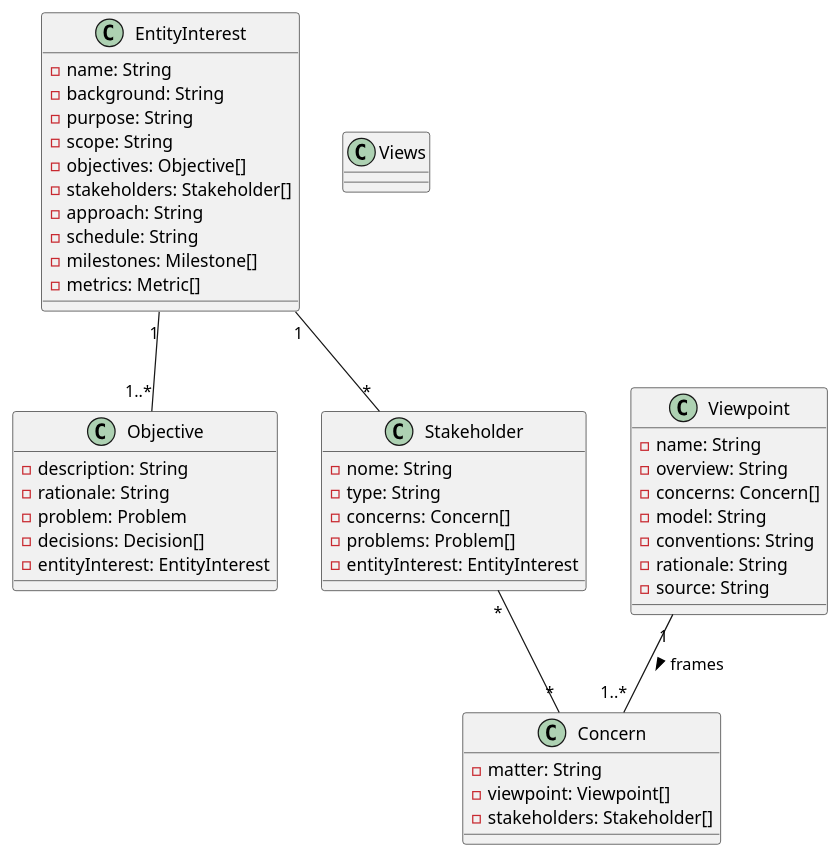
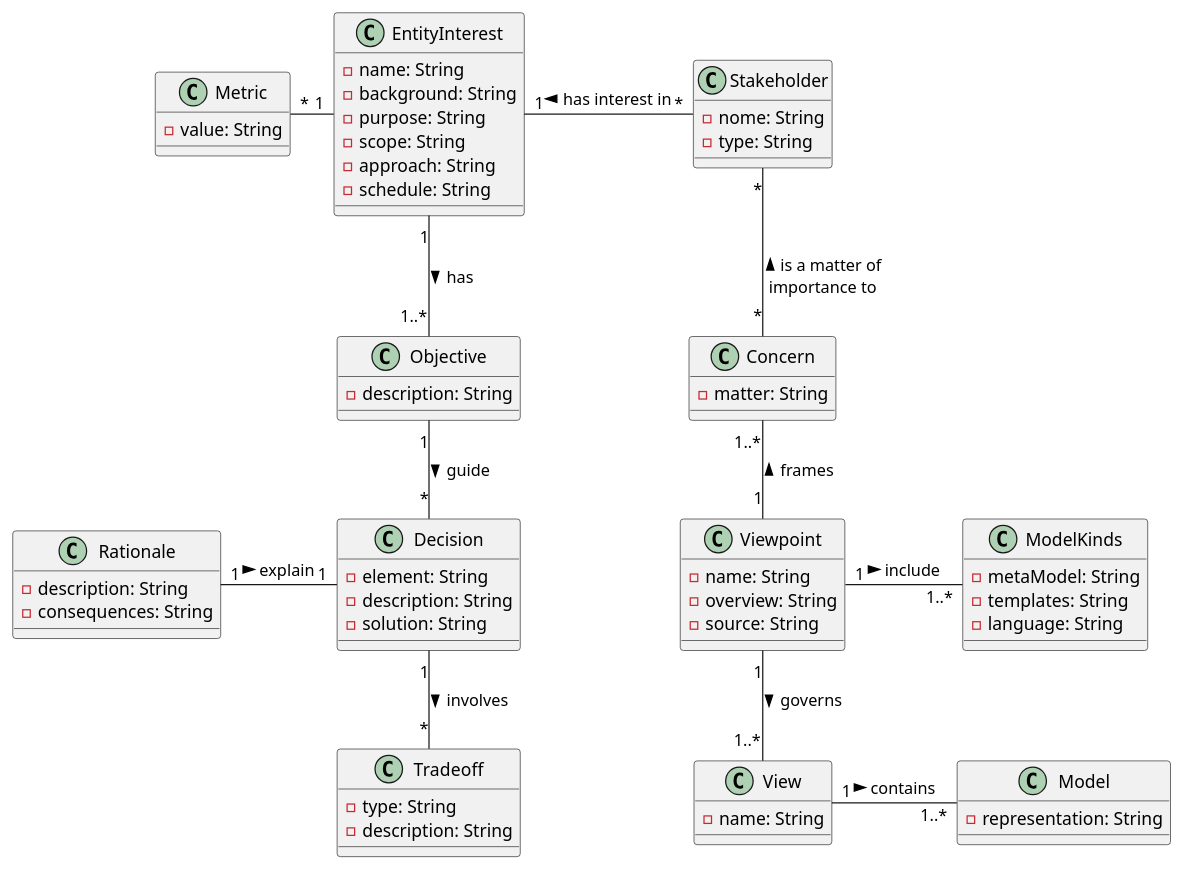
Before and after one commit to zeduardu/archce: the diagram in documentation/archceClassDiagram.puml, drawn with PlantUML. The commit also changed 48 other files, not shown here.

```diff
--- a/documentation/archceClassDiagram.puml
+++ b/documentation/archceClassDiagram.puml
@@ -1,55 +1,78 @@
 @startuml
 
 class EntityInterest {
     - name: String
     - background: String
     - purpose: String
     - scope: String
-    - objectives: Objective[]
-    - stakeholders: Stakeholder[]
     - approach: String
     - schedule: String
-    - milestones: Milestone[]
-    - metrics: Metric[]
+}
+
+class Metric {
+    - value: String
 }
 
 class Objective {
     - description: String
-    - rationale: String
-    - problem: Problem
-    - decisions: Decision[]
-    - entityInterest: EntityInterest
+}
+
+class Decision {
+    - element: String
+    - description: String
+    - solution: String
+}
+
+class Rationale {
+    - description: String
+    - consequences: String
+}
+
+class Tradeoff {
+  - type: String
+  - description: String
 }
 
 class Viewpoint {
     - name: String
     - overview: String
-    - concerns: Concern[]
-    - model: String
-    - conventions: String
-    - rationale: String
     - source: String
+}
+
+class ModelKinds {
+    - metaModel: String
+    - templates: String
+    - language: String
 }
 
 class Concern {
     - matter: String
-    - viewpoint: Viewpoint[]
-    - stakeholders: Stakeholder[]
 }
 
 class Stakeholder {
     - nome: String
     - type: String
-    - concerns: Concern[]
-    - problems: Problem[]
-    - entityInterest: EntityInterest
 }
 
-class Views {}
+class View {
+  - name: String
+}
 
-EntityInterest "1" -- "1..*" Objective
-EntityInterest "1" -- "*" Stakeholder
-Viewpoint "1" -- "1..*" Concern : > frames
-Stakeholder "*" -- "*" Concern
+class Model {
+  - representation: String
+}
+
+EntityInterest "1" -- "1..*" Objective : > has
+EntityInterest "1" -right- "*" Stakeholder : < has interest in
+EntityInterest "1" -left- "*" Metric
+Stakeholder "*" -- "*" Concern : < is a matter of \nimportance to
+Concern "1..*" -- "1" Viewpoint : < frames
+Viewpoint "1" -- "1..*" View : > governs
+Viewpoint "1" -right- "1..*" ModelKinds : > include
+Objective "1" -- "*" Decision : > guide
+Rationale "1" -right- "1" Decision : > explain
+Decision "1" -down- "*" Tradeoff : > involves
+View "1" -right- "1..*" Model : > contains
+
 
 @enduml
```
